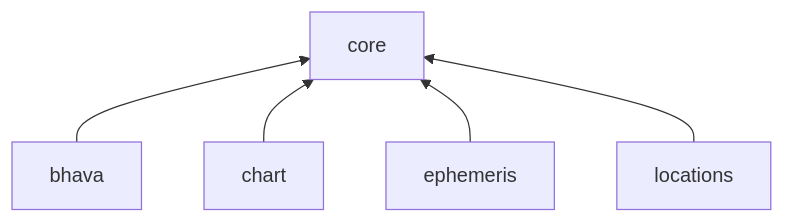
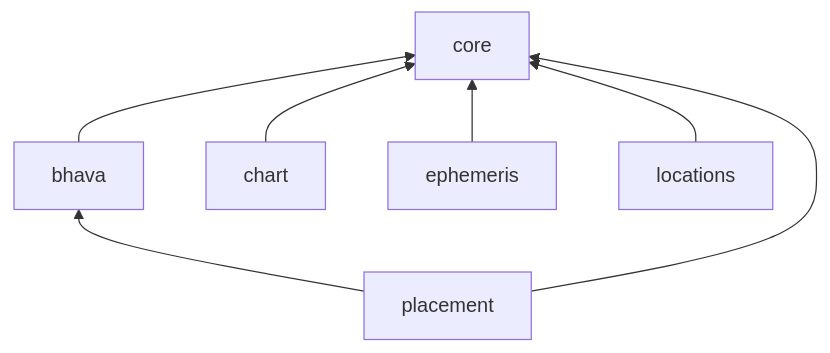
Before and after one commit to vgnshlvnz/kundli-app: the first of 2 diagrams in MODULES.md, drawn with Mermaid. The commit also changed other lines of this file, not shown here.

Commit message:
docs: document placement in MODULES.md

````diff
--- a/MODULES.md
+++ b/MODULES.md
@@ -22,8 +23,10 @@
 ```mermaid
 graph BT
   bhava --> core
   chart --> core
   core
   ephemeris --> core
   locations --> core
+  placement --> core
+  placement --> bhava
 ```
````
